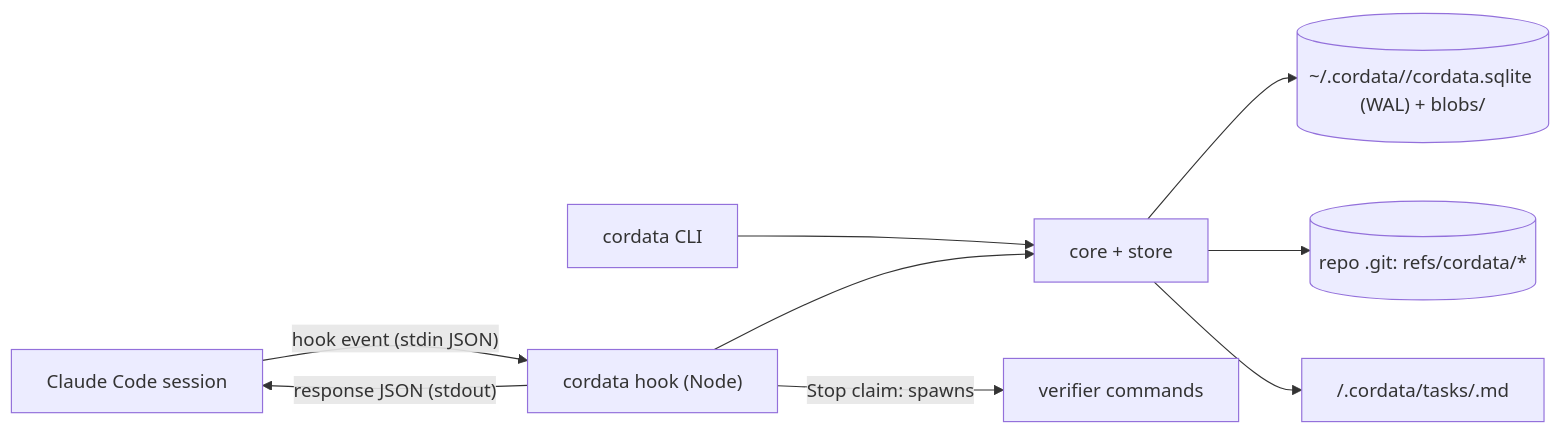
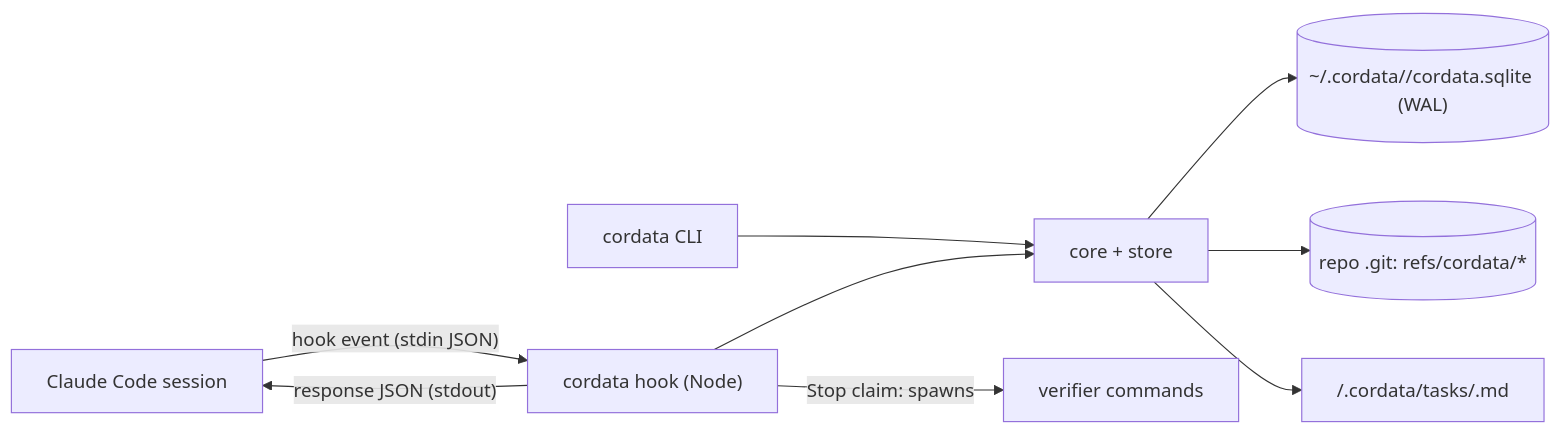
One commit to LudovicoDeSalvo/Cordata changed the diagram in docs/ARCHITECTURE.md. Above: the diagram before and after it, drawn with Mermaid. The commit also changed other lines of this file and 25 other files, not shown here.

````diff
--- a/docs/ARCHITECTURE.md
+++ b/docs/ARCHITECTURE.md
@@ -24,11 +24,11 @@
 ```mermaid
 flowchart LR
     CC["Claude Code session"] -- "hook event (stdin JSON)" --> H["cordata hook <event> (Node)"]
     H -- "response JSON (stdout)" --> CC
     CLI["cordata CLI"] --> CORE["core + store"]
     H --> CORE
-    CORE --> DB[("~/.cordata/<project>/cordata.sqlite (WAL) + blobs/")]
+    CORE --> DB[("~/.cordata/<project>/cordata.sqlite (WAL)")]
     CORE --> GIT[("repo .git: refs/cordata/*")]
     CORE --> SPEC["<repo>/.cordata/tasks/<id>.md"]
     H -- "Stop claim: spawns" --> V["verifier commands"]
 ```
````
